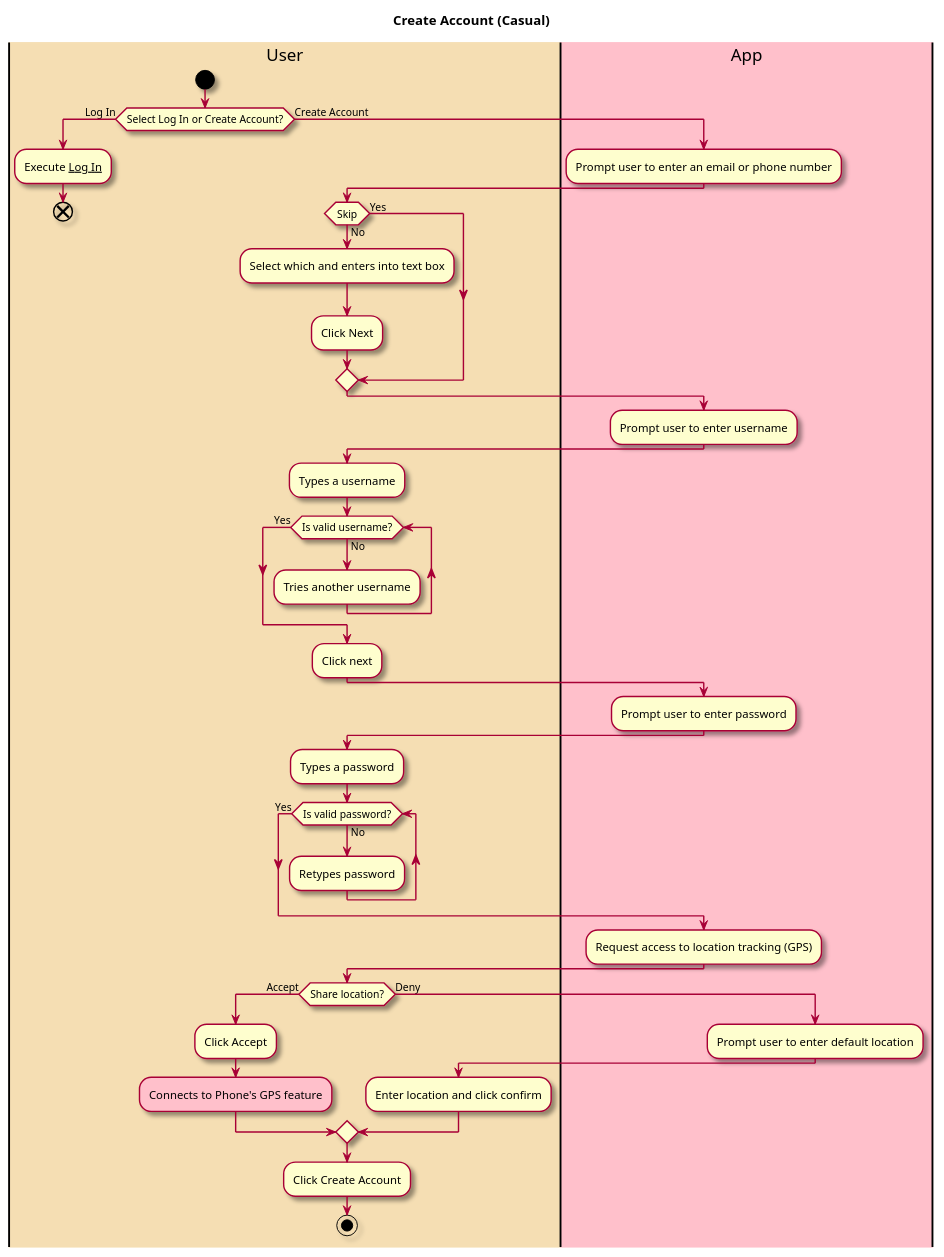
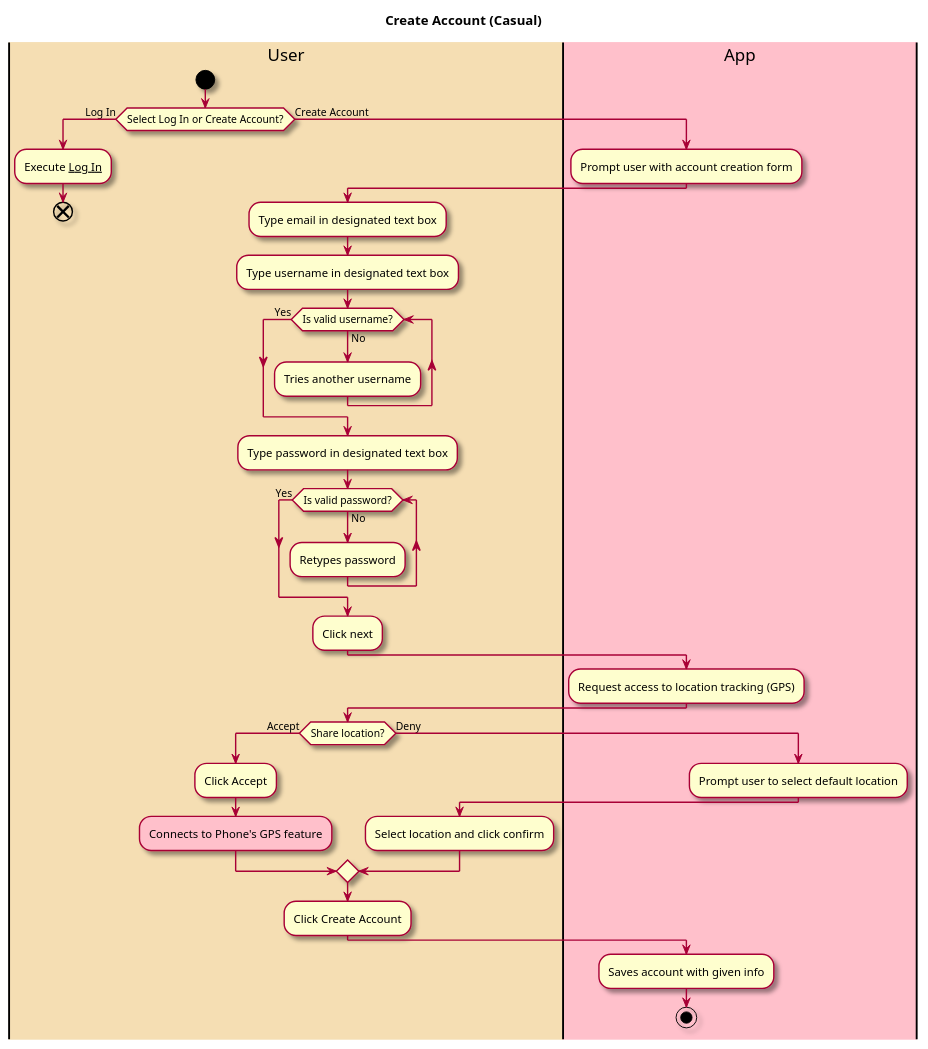
Before and after one commit to tanwasp/LunchBox-Android: the first of 2 diagrams in intellij/doc/use_cases/create-account.md, drawn with PlantUML. The commit also changed other lines of this file and 4 other files, not shown here.

````diff
--- a/intellij/doc/use_cases/create-account.md
+++ b/intellij/doc/use_cases/create-account.md
@@ -32,68 +25,61 @@
 ```plantuml
 @startuml
 
 skin rose
 
 title Create Account (Casual)
 
 |#wheat|User|
 |#pink|App|
 
 |User|
 start
 if (Select Log In or Create Account?) is (Log In) then
 :Execute __Log In__; 
 end
 else (Create Account)
 |App|
-:Prompt user to enter an email or phone number;
+:Prompt user with account creation form;
 
 |User|
-if (Skip) is (No) then
-:Select which and enters into text box;
-:Click Next;
-else (Yes)
-endif
-
-|App|
-:Prompt user to enter username;
+:Type email in designated text box;
 
 |User|
-:Types a username;
+:Type username in designated text box;
 
 while (Is valid username?) is (No) 
 |User|
 :Tries another username;
 endwhile (Yes)
-:Click next;
-
-|App|
-:Prompt user to enter password;
 
 |User|
-:Types a password;
+:Type password in designated text box;
 
 while (Is valid password?) is (No) 
 |User|
 :Retypes password;
 endwhile (Yes)
+:Click next;
 
 |App|
 :Request access to location tracking (GPS);
 
 |User|
 if (Share location?) is (Accept) then
 :Click Accept;
 #pink:Connects to Phone's GPS feature;
 else (Deny)
 |App|
-:Prompt user to enter default location;
+:Prompt user to select default location;
 |User|
-:Enter location and click confirm;
+:Select location and click confirm;
 endif
 
 :Click Create Account;
+
+|App|
+:Saves account with given info;
 stop
 
 @enduml
 ```
````
